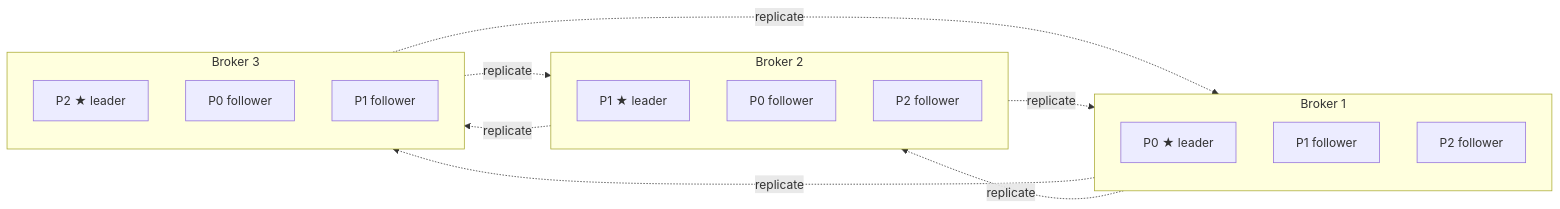
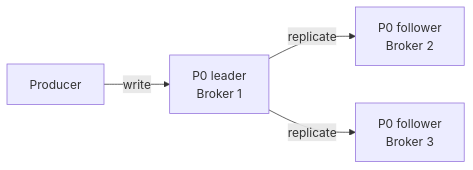
Before and after one commit to vqoph/kafka-orders-poc: the sixth of 7 diagrams in doc/fr/appendices/architecture-kafka-essentials.md, drawn with Mermaid. The commit also changed other lines of this file, not shown here.

Commit message:
docs(fr): update Kafka architecture section with new diagrams and clarify producer-consumer interactions

````diff
--- a/doc/fr/appendices/architecture-kafka-essentials.md
+++ b/doc/fr/appendices/architecture-kafka-essentials.md
@@ -78,30 +131,6 @@
 ```mermaid
 flowchart LR
-  subgraph b1["Broker 1"]
-    direction TB
-    P0L["P0 ★ leader"]
-    P1F1["P1 follower"]
-    P2F1["P2 follower"]
-  end
-
-  subgraph b2["Broker 2"]
-    direction TB
-    P1L["P1 ★ leader"]
-    P0F1["P0 follower"]
-    P2F2["P2 follower"]
-  end
-
-  subgraph b3["Broker 3"]
-    direction TB
-    P2L["P2 ★ leader"]
-    P0F2["P0 follower"]
-    P1F2["P1 follower"]
-  end
-
-  P0F1 -.->|replicate| P0L
-  P0F2 -.->|replicate| P0L
-  P1F1 -.->|replicate| P1L
-  P1F2 -.->|replicate| P1L
-  P2F1 -.->|replicate| P2L
-  P2F2 -.->|replicate| P2L
+  Producer -->|write| Leader["P0 leader<br/>Broker 1"]
+  Leader -->|replicate| F1["P0 follower<br/>Broker 2"]
+  Leader -->|replicate| F2["P0 follower<br/>Broker 3"]
 ```
````
